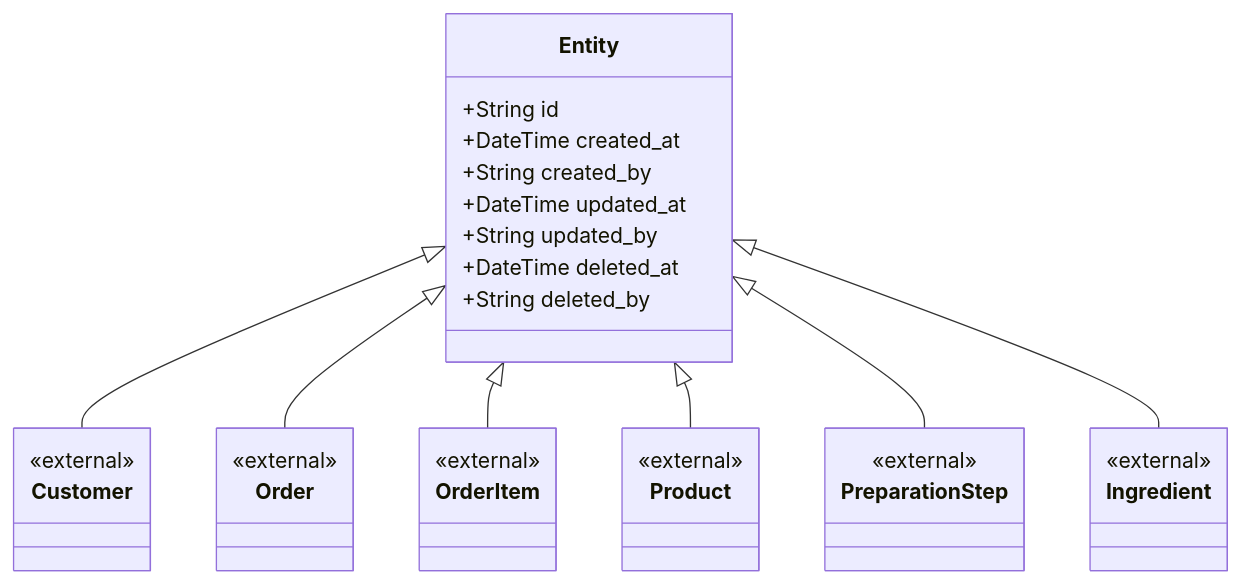
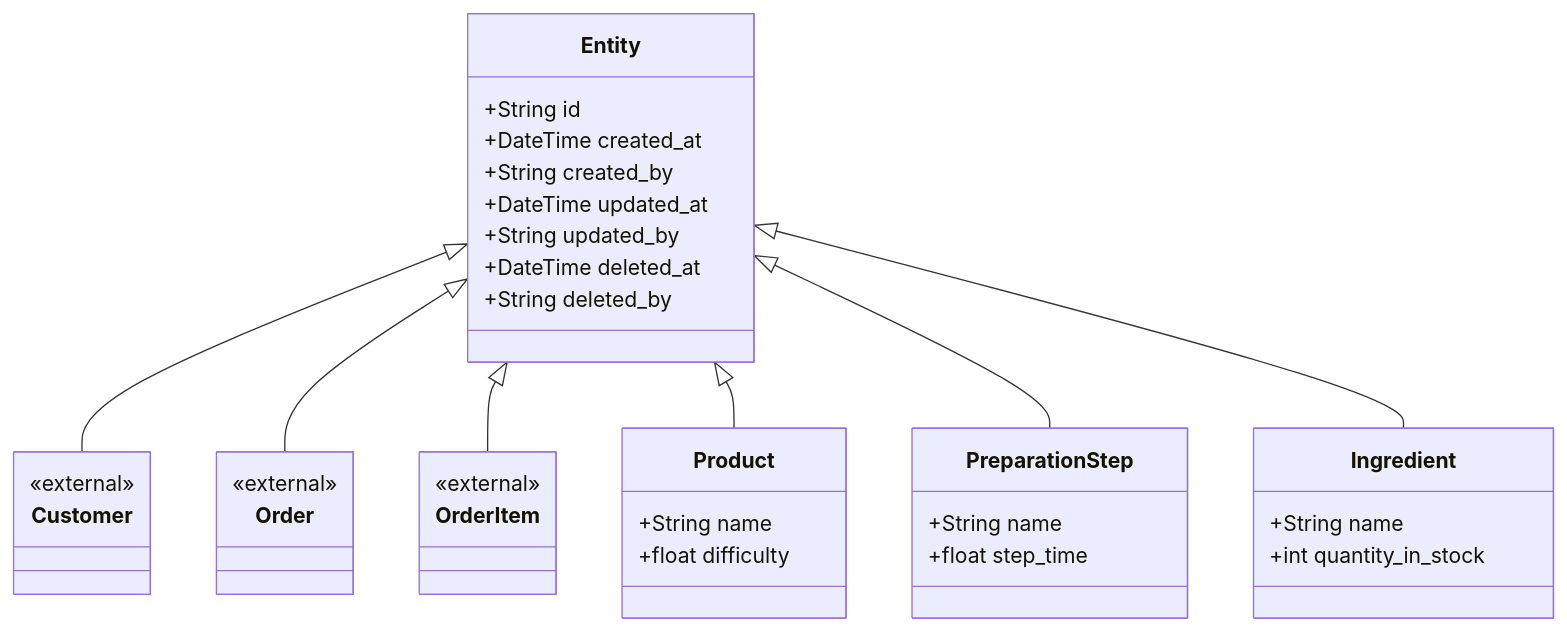
The diagram in doc/entities.md (alexander9306/Kitchen-Simulator), drawn with Mermaid before and after one commit. The commit also changed other lines of this file and 3 other files, not shown here.

Commit message:
Move Ingredient/Product/PreparationStep docs into doc/entities.md

````diff
--- a/doc/entities.md
+++ b/doc/entities.md
@@ -3,38 +3,43 @@
 ```mermaid
 classDiagram
     class Entity {
         +String id
         +DateTime created_at
         +String created_by
         +DateTime updated_at
         +String updated_by
         +DateTime deleted_at
         +String deleted_by
     }
 
     class Customer {
         <<external>>
     }
     class Order {
         <<external>>
     }
     class OrderItem {
         <<external>>
     }
+    class Ingredient {
+        +String name
+        +int quantity_in_stock
+    }
+
     class Product {
-        <<external>>
+        +String name
+        +float difficulty
     }
+
     class PreparationStep {
-        <<external>>
-    }
-    class Ingredient {
-        <<external>>
+        +String name
+        +float step_time
     }
 
     Entity <|-- Customer
     Entity <|-- Order
     Entity <|-- OrderItem
     Entity <|-- Product
     Entity <|-- PreparationStep
     Entity <|-- Ingredient
 ```
````
